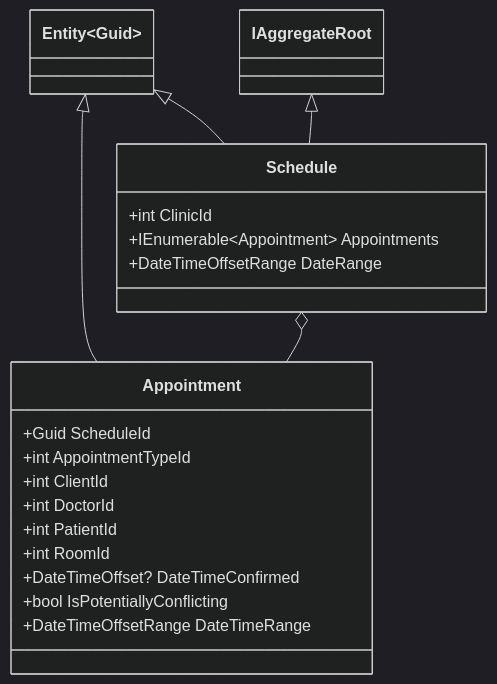
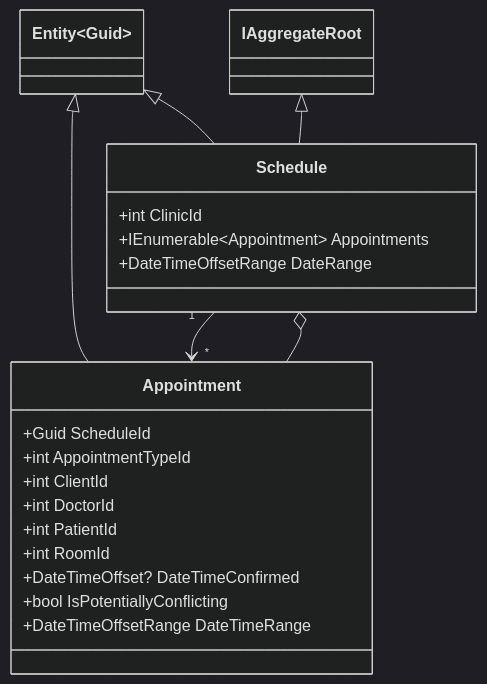
The fifth of 5 diagrams in 13. DDD/Applying Aggregates and Associations.md (pirocorp/Object-Oriented-Design), drawn with Mermaid (dark theme) before and after one commit. The commit also changed other lines of this file, not shown here.

Commit message:
Update Applying Aggregates and Associations.md

````diff
--- a/13. DDD/Applying Aggregates and Associations.md
+++ b/13. DDD/Applying Aggregates and Associations.md
@@ -171,23 +167,25 @@
 ```mermaid
   classDiagram
+    Schedule "1" --> "*" Appointment
+  
     Entity~Guid~ <|-- Appointment
     Entity~Guid~ <|-- Schedule
     IAggregateRoot <|-- Schedule
     Schedule o-- Appointment
     
     class Schedule
     Schedule : +int ClinicId
     Schedule : +IEnumerable~Appointment~ Appointments
     Schedule : +DateTimeOffsetRange DateRange
     
     class Appointment
     Appointment : +Guid ScheduleId
     Appointment : +int AppointmentTypeId
     Appointment : +int ClientId
     Appointment : +int DoctorId
     Appointment : +int PatientId
     Appointment : +int RoomId
     Appointment : +DateTimeOffset? DateTimeConfirmed
     Appointment : +bool IsPotentiallyConflicting
     Appointment : +DateTimeOffsetRange DateTimeRange
 ```
````
